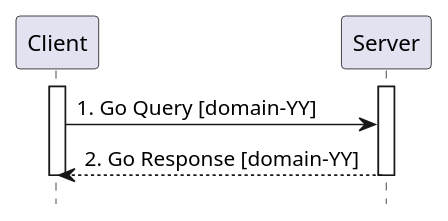
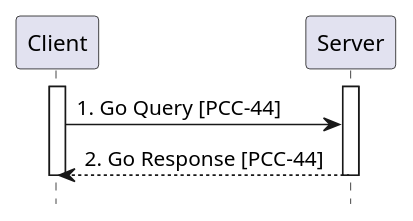
One commit to IHE/PCC.QEDm changed the diagram in input/images-source/domain-Y-seq.plantuml. Above: the diagram before and after it, drawn with PlantUML. The commit also changed 7 other files, not shown here.

```diff
--- a/input/images-source/domain-Y-seq.plantuml
+++ b/input/images-source/domain-Y-seq.plantuml
@@ -1,11 +1,11 @@
 @startuml
 hide footbox
 participant "Client" as Client
 participant "Server" as Server
 activate "Client"
 activate "Server"
-"Client" -> "Server" : 1. Go Query [domain-YY]
-"Server" --> "Client" : 2. Go Response [domain-YY]
+"Client" -> "Server" : 1. Go Query [PCC-44]
+"Server" --> "Client" : 2. Go Response [PCC-44]
 deactivate "Client"
 deactivate "Server"
 @enduml
```
